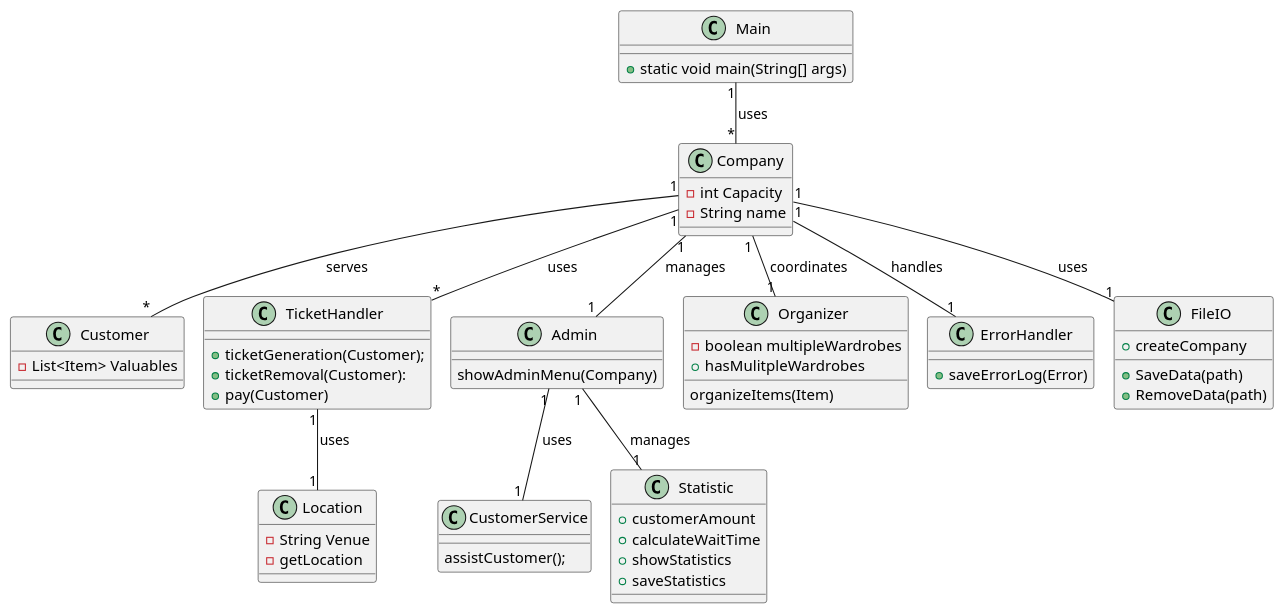
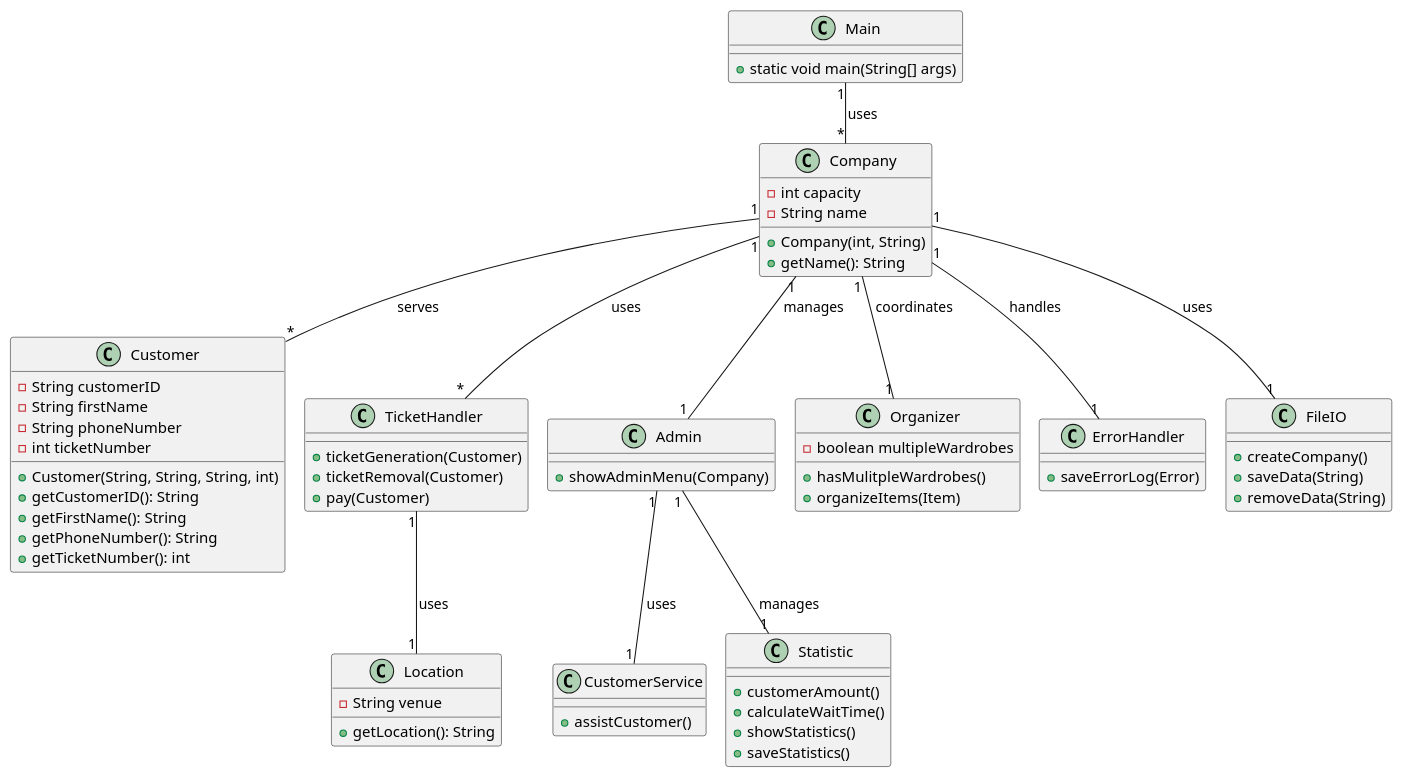
One commit to ValdemarLarsen02/IWardrobe changed the diagram in doc/Plan/static/classdiagram_v1.puml. Above: the diagram before and after it, drawn with PlantUML. The commit also changed 6 other files, not shown here.

```diff
--- a/doc/Plan/static/classdiagram_v1.puml
+++ b/doc/Plan/static/classdiagram_v1.puml
@@ -1,76 +1,82 @@
-@startuml
 !pragma layout smetana
 class Main{
 + static void main(String[] args)
 }
 
-
-
 class Customer {
-    - List<Item> Valuables
+    - String customerID
+    - String firstName
+    - String phoneNumber
+    - int ticketNumber
+    + Customer(String, String, String, int)
+    + getCustomerID(): String
+    + getFirstName(): String
+    + getPhoneNumber(): String
+    + getTicketNumber(): int
 }
 
 class Company {
-    - int Capacity
+    - int capacity
     - String name
-
+    + Company(int, String)
+    + getName(): String
 }
 
 class TicketHandler {
-    + ticketGeneration(Customer);
-    + ticketRemoval(Customer):
+    + ticketGeneration(Customer)
+    + ticketRemoval(Customer)
     + pay(Customer)
 }
 
 class Admin {
-    showAdminMenu(Company)
+    + showAdminMenu(Company)
 }
 
 class CustomerService {
-    assistCustomer();
+    + assistCustomer()
 }
 
 
 class Organizer {
-    -boolean multipleWardrobes
-    +hasMulitpleWardrobes
-    organizeItems(Item)
+    - boolean multipleWardrobes
+    + hasMulitpleWardrobes()
+    + organizeItems(Item)
 }
 
 class Location {
-    - String Venue
-    - getLocation
+    - String venue
+    + getLocation(): String
 }
 
 class ErrorHandler {
     + saveErrorLog(Error)
 }
 
 class FileIO {
-    +createCompany
-    +SaveData(path)
-    +RemoveData(path)
+    + createCompany()
+    + saveData(String)
+    + removeData(String)
 }
 
 class Statistic {
-    +customerAmount
-    +calculateWaitTime
-    +showStatistics
-    +saveStatistics
+    + customerAmount()
+    + calculateWaitTime()
+    + showStatistics()
+    + saveStatistics()
 }
 
 Main "1" -- "*" Company : uses >
 
 Company "1" -- "*" Customer : serves >
 Company "1" -- "*" TicketHandler : uses >
 Company "1" -- "1" Admin : manages >
 Company "1" -- "1" Organizer : coordinates >
 Company "1" -- "1" ErrorHandler : handles >
 Company "1" -- "1" FileIO : uses >
 
 Admin "1" -- "1" CustomerService : uses >
 Admin "1" -- "1" Statistic : manages >
 
 TicketHandler "1" -- "1" Location : uses >
 
 @enduml
```
